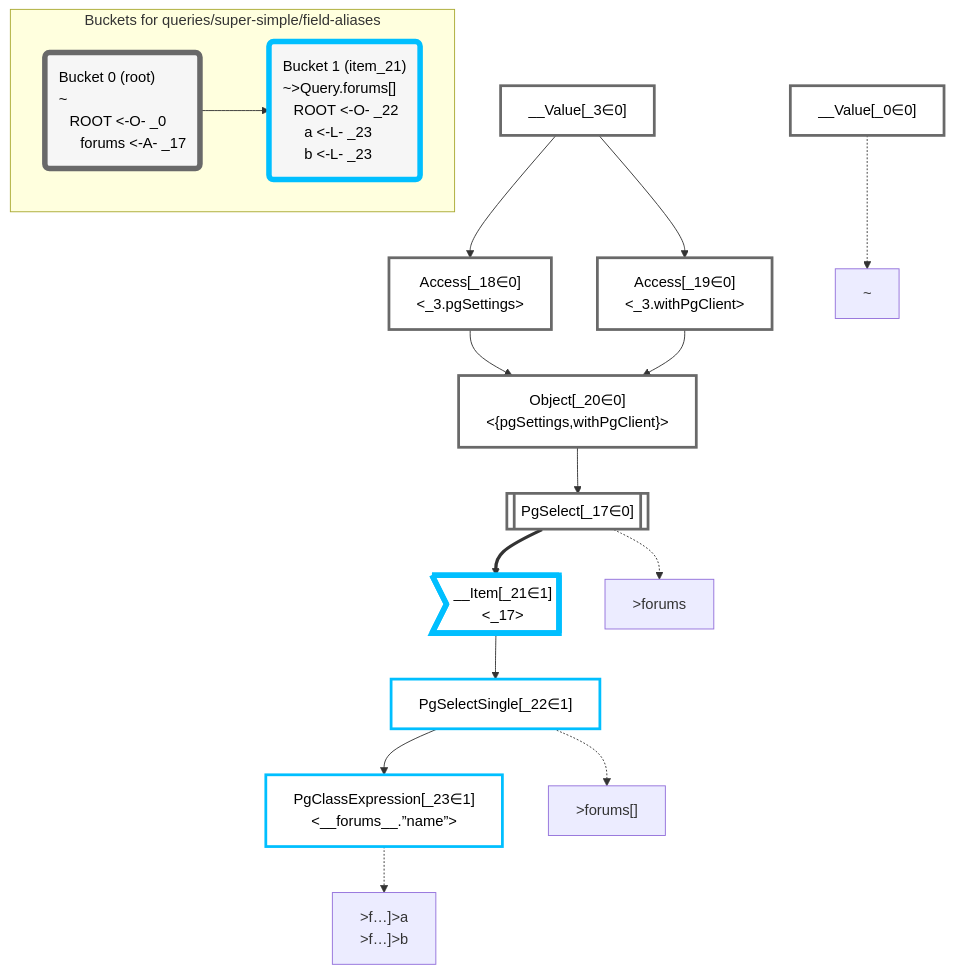
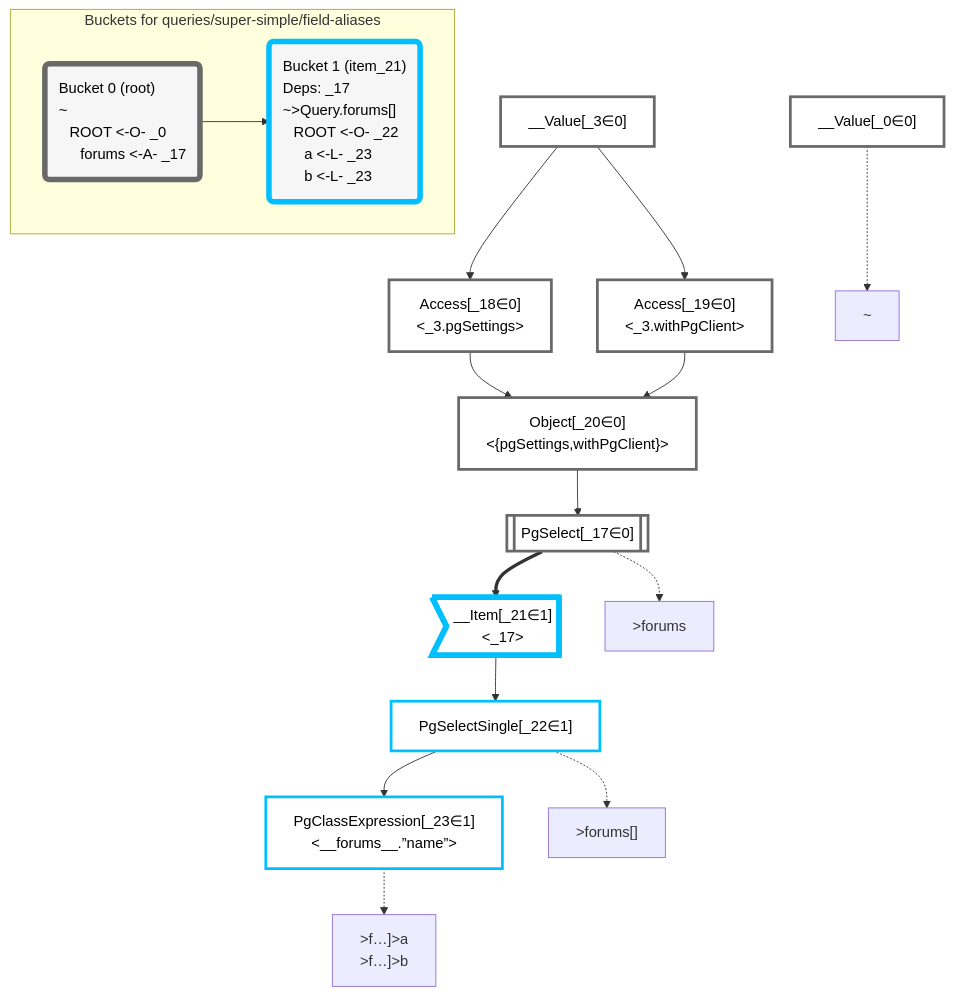
Before and after one commit to graphile/crystal: the diagram in packages/dataplan-pg/__tests__/queries/super-simple/field-aliases.mermaid.md, drawn with Mermaid. The commit also changed 157 other files, not shown here.

Commit message:
Add deps to all query snapshots

````diff
--- a/packages/dataplan-pg/__tests__/queries/super-simple/field-aliases.mermaid.md
+++ b/packages/dataplan-pg/__tests__/queries/super-simple/field-aliases.mermaid.md
@@ -1,54 +1,54 @@
 ```mermaid
 graph TD
     classDef path fill:#eee,stroke:#000,color:#000
     classDef plan fill:#fff,stroke-width:3px,color:#000
     classDef itemplan fill:#fff,stroke-width:6px,color:#000
     classDef sideeffectplan fill:#f00,stroke-width:6px,color:#000
     classDef bucket fill:#f6f6f6,color:#000,stroke-width:6px,text-align:left
 
 
     %% define plans
     __Value_0["__Value[_0∈0]"]:::plan
     __Value_3["__Value[_3∈0]<br /><context>"]:::plan
     PgSelect_17[["PgSelect[_17∈0]<br /><forums>"]]:::plan
     Access_18["Access[_18∈0]<br /><_3.pgSettings>"]:::plan
     Access_19["Access[_19∈0]<br /><_3.withPgClient>"]:::plan
     Object_20["Object[_20∈0]<br /><{pgSettings,withPgClient}>"]:::plan
     __Item_21>"__Item[_21∈1]<br /><_17>"]:::itemplan
     PgSelectSingle_22["PgSelectSingle[_22∈1]<br /><forums>"]:::plan
     PgClassExpression_23["PgClassExpression[_23∈1]<br /><__forums__.”name”>"]:::plan
 
     %% plan dependencies
     Object_20 --> PgSelect_17
     __Value_3 --> Access_18
     __Value_3 --> Access_19
     Access_18 --> Object_20
     Access_19 --> Object_20
     PgSelect_17 ==> __Item_21
     __Item_21 --> PgSelectSingle_22
     PgSelectSingle_22 --> PgClassExpression_23
 
     %% plan-to-path relationships
     P_0["~"]
     __Value_0 -.-> P_0
     P_17[">forums"]
     PgSelect_17 -.-> P_17
     P_22[">forums[]"]
     PgSelectSingle_22 -.-> P_22
     P_23[">f…]>a<br />>f…]>b"]
     PgClassExpression_23 -.-> P_23
 
     %% allocate buckets
     classDef bucket0 stroke:#696969
     class __Value_0,__Value_3,PgSelect_17,Access_18,Access_19,Object_20 bucket0
     classDef bucket1 stroke:#00bfff
     class __Item_21,PgSelectSingle_22,PgClassExpression_23 bucket1
 
     subgraph "Buckets for queries/super-simple/field-aliases"
     Bucket0("Bucket 0 (root)<br />~<br />⠀ROOT <-O- _0<br />⠀⠀forums <-A- _17"):::bucket
     style Bucket0 stroke:#696969
-    Bucket1("Bucket 1 (item_21)<br />~>Query.forums[]<br />⠀ROOT <-O- _22<br />⠀⠀a <-L- _23<br />⠀⠀b <-L- _23"):::bucket
+    Bucket1("Bucket 1 (item_21)<br />Deps: _17<br />~>Query.forums[]<br />⠀ROOT <-O- _22<br />⠀⠀a <-L- _23<br />⠀⠀b <-L- _23"):::bucket
     style Bucket1 stroke:#00bfff
     Bucket0 --> Bucket1
     end
 ```
````
